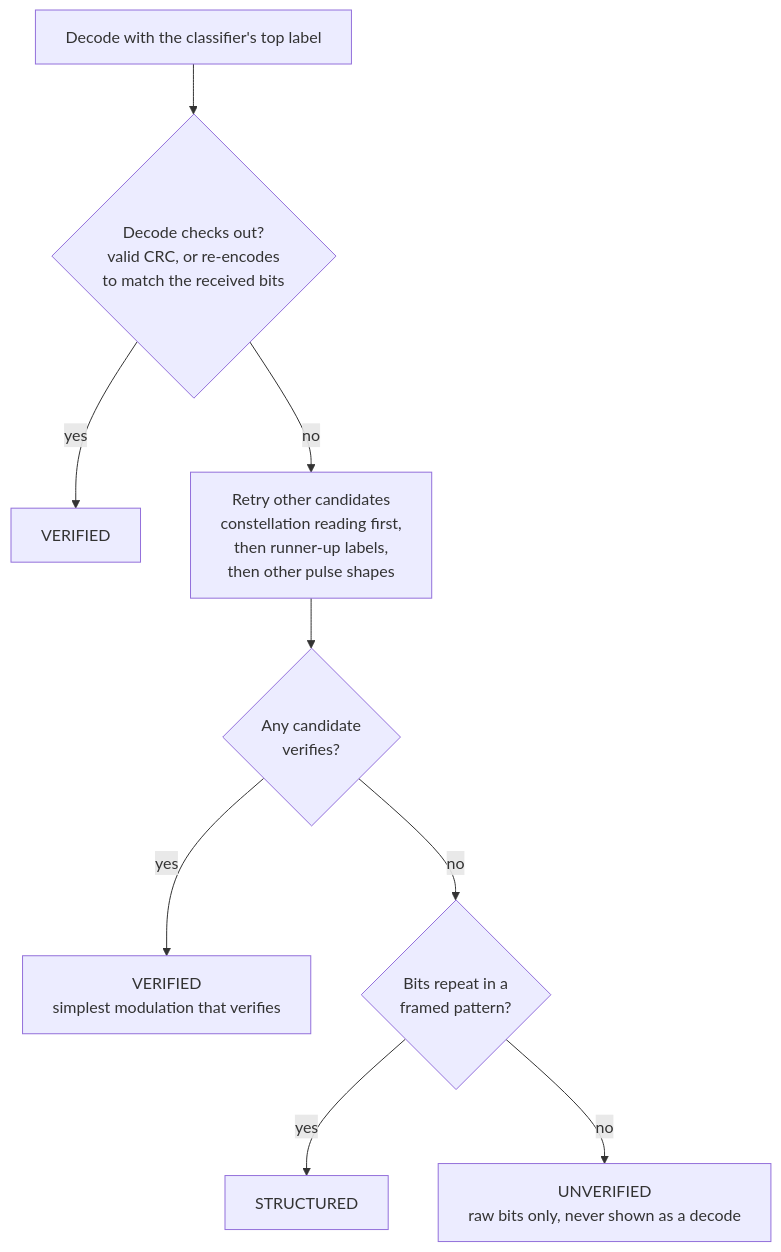
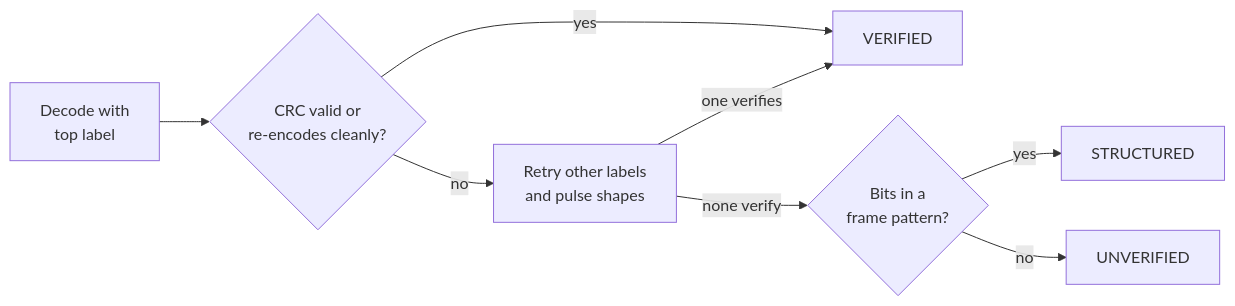
One commit to atif09/sig-1 changed the second of 3 diagrams in README.md. Above: the diagram before and after it, drawn with Mermaid. The commit also changed other lines of this file, not shown here.

````diff
--- a/README.md
+++ b/README.md
@@ -50,12 +41,10 @@
 ```mermaid
-%%{init: {"flowchart": {"wrappingWidth": 420}}}%%
-flowchart TD
-    S["Decode with the classifier's top label"] --> Q{"Decode checks out?<br/>valid CRC, or re-encodes<br/>to match the received bits"}
+flowchart LR
+    T["Decode with<br/>top label"] --> Q{"CRC valid or<br/>re-encodes cleanly?"}
     Q -- "yes" --> V["VERIFIED"]
-    Q -- "no" --> T["Retry other candidates<br/>constellation reading first,<br/>then runner-up labels,<br/>then other pulse shapes"]
-    T --> Q2{"Any candidate<br/>verifies?"}
-    Q2 -- "yes" --> V2["VERIFIED<br/>simplest modulation that verifies"]
-    Q2 -- "no" --> F{"Bits repeat in a<br/>framed pattern?"}
+    Q -- "no" --> A["Retry other labels<br/>and pulse shapes"]
+    A -- "one verifies" --> V
+    A -- "none verify" --> F{"Bits in a<br/>frame pattern?"}
     F -- "yes" --> ST["STRUCTURED"]
-    F -- "no" --> U["UNVERIFIED<br/>raw bits only, never shown as a decode"]
+    F -- "no" --> U["UNVERIFIED"]
 ```
````
